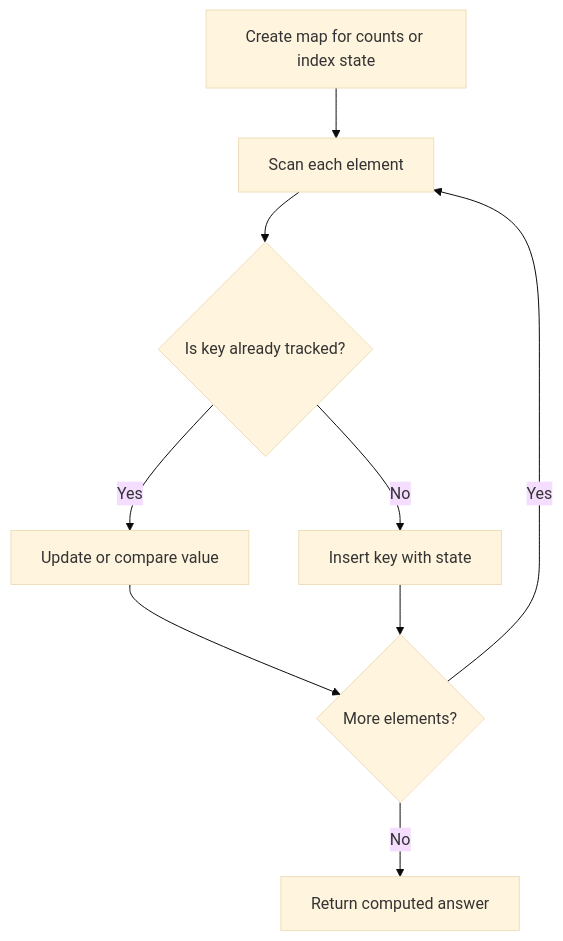
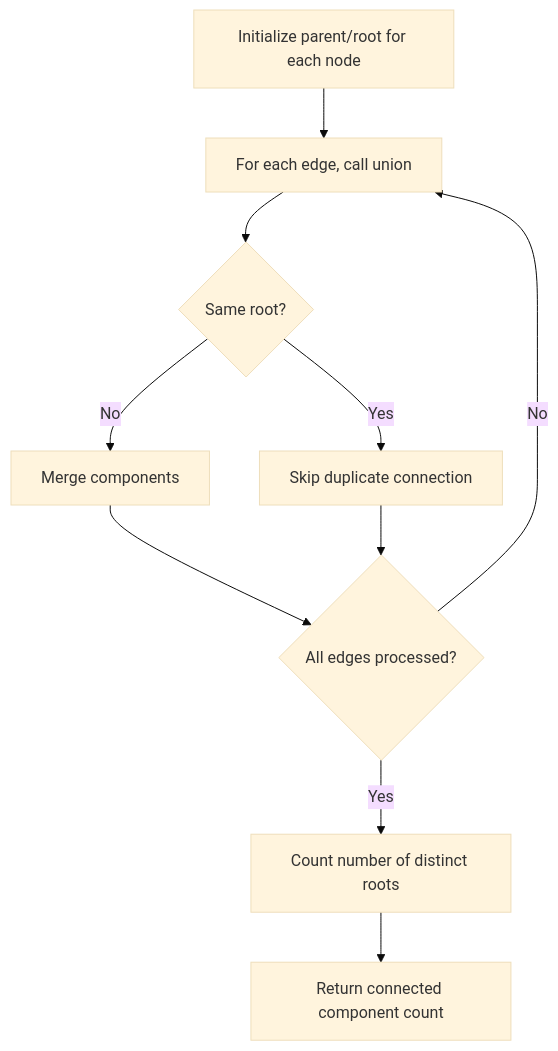
One commit to keshav-poojary/Leetcode changed the diagram in NeetCode-Submissions/01.Arrays/003.two-sum/readme.md. Above: the diagram before and after it, drawn with Mermaid (base theme). The commit also changed other lines of this file and 121 other files, not shown here.

````diff
--- a/NeetCode-Submissions/01.Arrays/003.two-sum/readme.md
+++ b/NeetCode-Submissions/01.Arrays/003.two-sum/readme.md
@@ -30,11 +34,12 @@
 ```mermaid
 flowchart TD
-    A[Create map for counts or index state] --> B[Scan each element]
-    B --> C{Is key already tracked?}
-    C -- Yes --> D[Update or compare value]
-    C -- No --> E[Insert key with state]
-    D --> F{More elements?}
+    A[Initialize parent/root for each node] --> B[For each edge, call union]
+    B --> C{Same root?}
+    C -- No --> D[Merge components]
+    C -- Yes --> E[Skip duplicate connection]
+    D --> F{All edges processed?}
     E --> F
-    F -- Yes --> B
-    F -- No --> G[Return computed answer]
+    F -- No --> B
+    F -- Yes --> G[Count number of distinct roots]
+    G --> H[Return connected component count]
 ```
````
